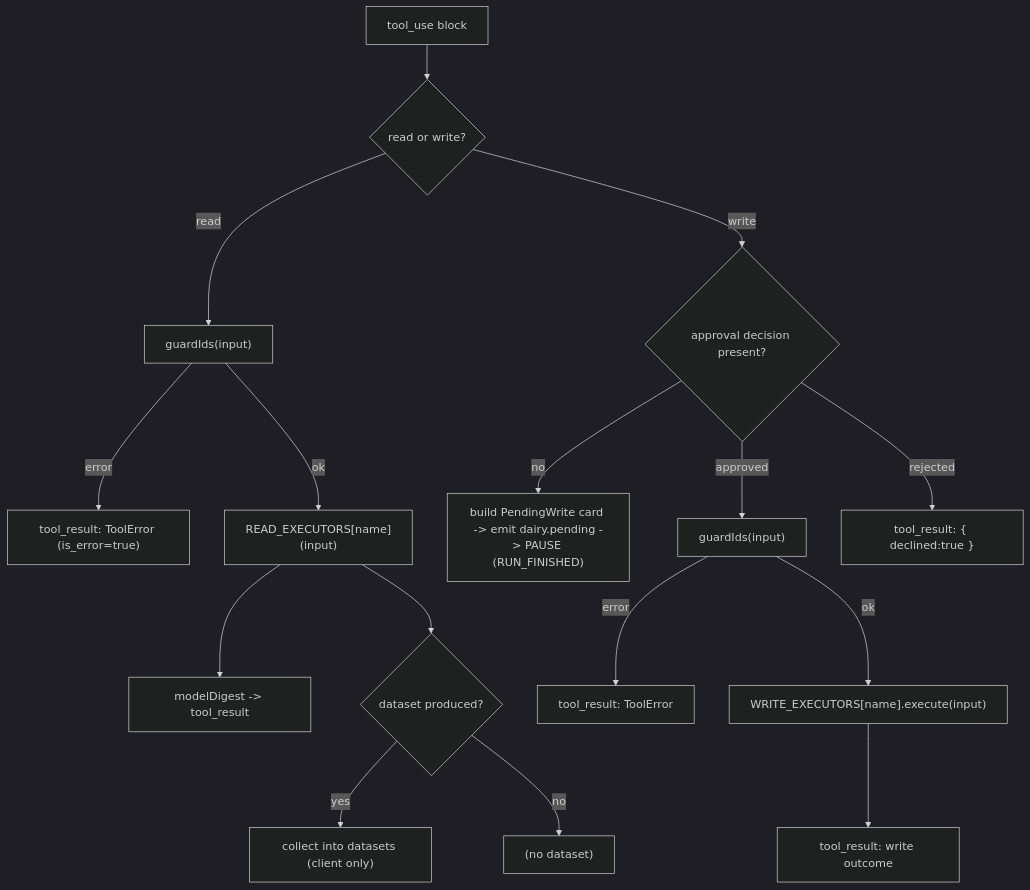
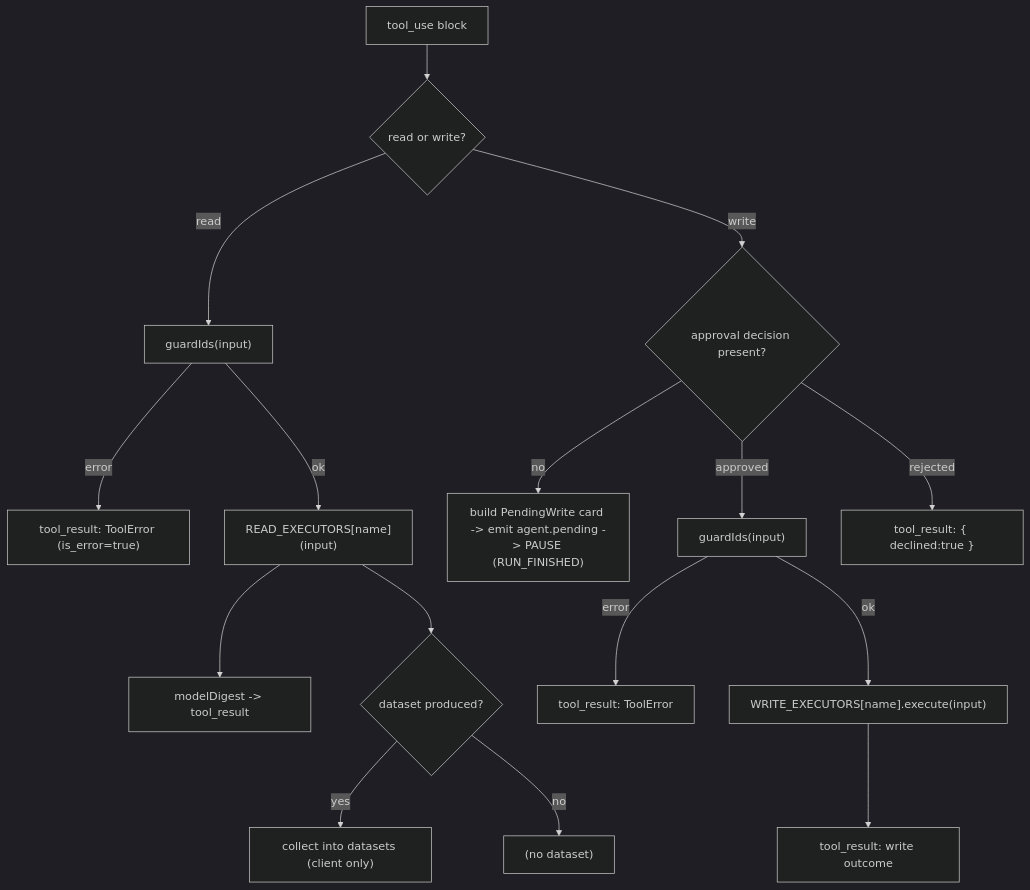
One commit to i-adnanali/dairy-agent changed the first of 2 diagrams in docs/TECHNICAL.md. Above: the diagram before and after it, drawn with Mermaid (dark theme). The commit also changed other lines of this file and 5 other files, not shown here.

````diff
--- a/docs/TECHNICAL.md
+++ b/docs/TECHNICAL.md
@@ -71,20 +73,20 @@
 ```mermaid
 flowchart TD
     TU["tool_use block"] --> Kind{"read or write?"}
 
     Kind -- "read" --> GR["guardIds(input)"]
     GR -- "error" --> RErr["tool_result: ToolError (is_error=true)"]
     GR -- "ok" --> Exec["READ_EXECUTORS[name](input)"]
     Exec --> Dig["modelDigest -> tool_result"]
     Exec --> DS{"dataset produced?"}
     DS -- "yes" --> Coll["collect into datasets (client only)"]
     DS -- "no" --> Skip["(no dataset)"]
 
     Kind -- "write" --> Dec{"approval decision present?"}
-    Dec -- "no" --> Card["build PendingWrite card -> emit dairy.pending -> PAUSE (RUN_FINISHED)"]
+    Dec -- "no" --> Card["build PendingWrite card -> emit agent.pending -> PAUSE (RUN_FINISHED)"]
     Dec -- "approved" --> GW["guardIds(input)"]
     GW -- "error" --> WErr["tool_result: ToolError"]
     GW -- "ok" --> WExec["WRITE_EXECUTORS[name].execute(input)"]
     WExec --> WRes["tool_result: write outcome"]
     Dec -- "rejected" --> Declined["tool_result: { declined:true }"]
 ```
````
